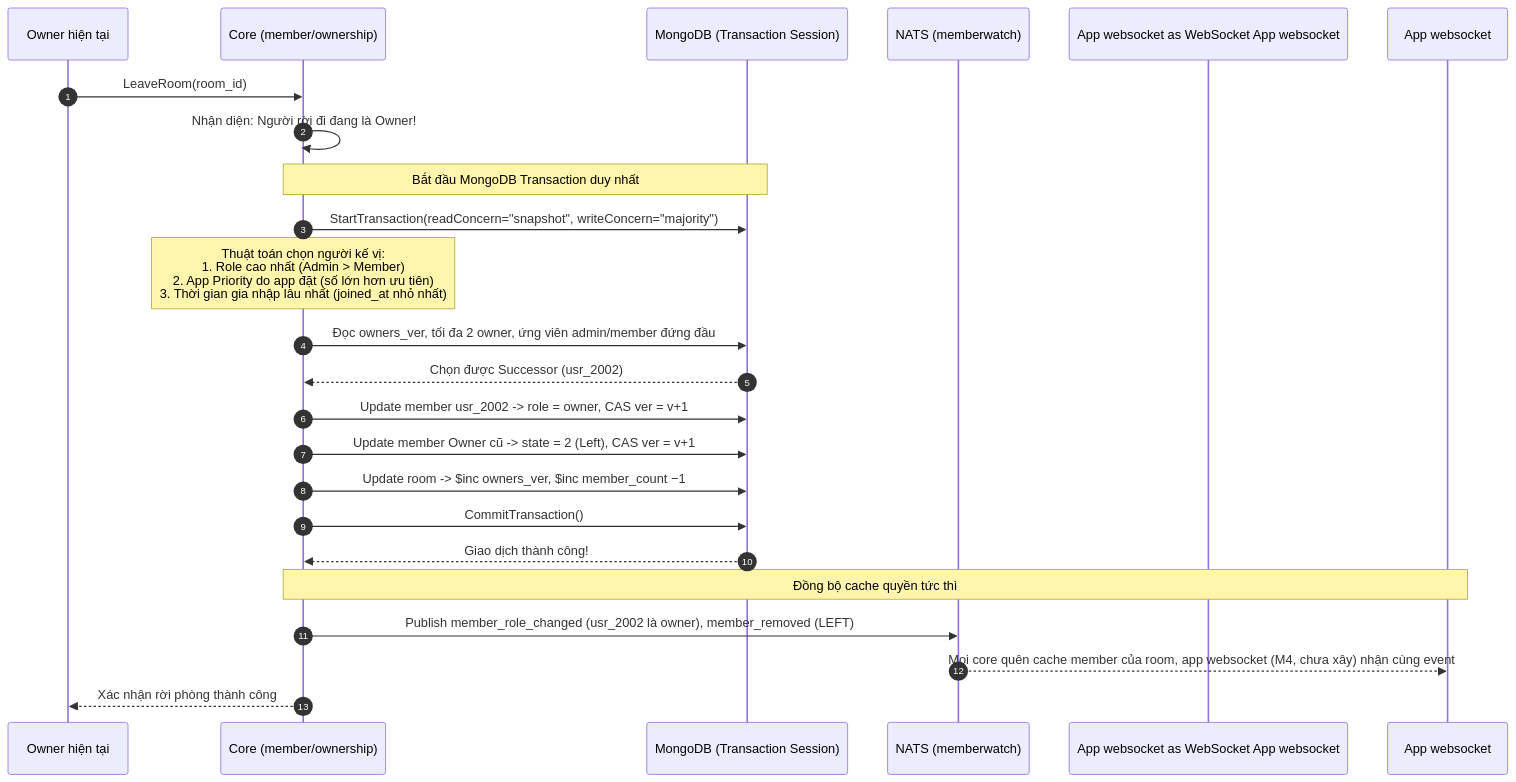
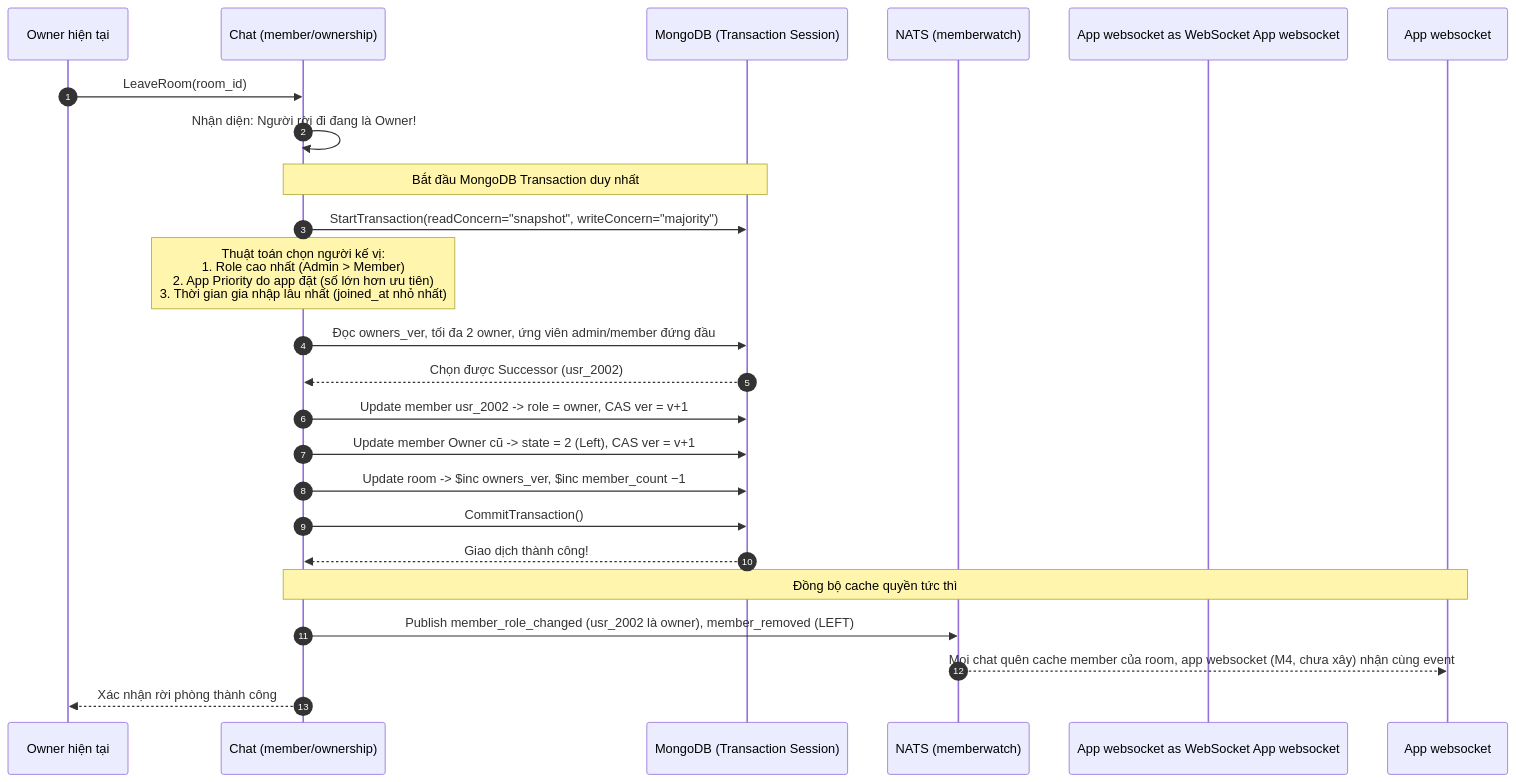
One commit to ivannguyendev/chatim changed the third of 3 diagrams in docs/modules/05-feature-membership-roles-and-succession.md. Above: the diagram before and after it, drawn with Mermaid. The commit also changed other lines of this file and 332 other files, not shown here.

````diff
--- a/docs/modules/05-feature-membership-roles-and-succession.md
+++ b/docs/modules/05-feature-membership-roles-and-succession.md
@@ -74,30 +74,30 @@
 ```mermaid
 sequenceDiagram
     autonumber
     participant Owner as Owner hiện tại
-    participant Core as Core (member/ownership)
+    participant Chat as Chat (member/ownership)
     participant Mongo as MongoDB (Transaction Session)
     participant Watch as NATS (memberwatch)
     participant App websocket as WebSocket App websocket
 
-    Owner->>Core: LeaveRoom(room_id)
-    Core->>Core: Nhận diện: Người rời đi đang là Owner!
+    Owner->>Chat: LeaveRoom(room_id)
+    Chat->>Chat: Nhận diện: Người rời đi đang là Owner!
 
-    Note over Core,Mongo: Bắt đầu MongoDB Transaction duy nhất
-    Core->>Mongo: StartTransaction(readConcern="snapshot", writeConcern="majority")
+    Note over Chat,Mongo: Bắt đầu MongoDB Transaction duy nhất
+    Chat->>Mongo: StartTransaction(readConcern="snapshot", writeConcern="majority")
 
-    Note over Core: Thuật toán chọn người kế vị:<br/>1. Role cao nhất (Admin > Member)<br/>2. App Priority do app đặt (số lớn hơn ưu tiên)<br/>3. Thời gian gia nhập lâu nhất (joined_at nhỏ nhất)
-    Core->>Mongo: Đọc owners_ver, tối đa 2 owner, ứng viên admin/member đứng đầu
-    Mongo-->>Core: Chọn được Successor (usr_2002)
+    Note over Chat: Thuật toán chọn người kế vị:<br/>1. Role cao nhất (Admin > Member)<br/>2. App Priority do app đặt (số lớn hơn ưu tiên)<br/>3. Thời gian gia nhập lâu nhất (joined_at nhỏ nhất)
+    Chat->>Mongo: Đọc owners_ver, tối đa 2 owner, ứng viên admin/member đứng đầu
+    Mongo-->>Chat: Chọn được Successor (usr_2002)
 
-    Core->>Mongo: Update member usr_2002 -> role = owner, CAS ver = v+1
-    Core->>Mongo: Update member Owner cũ -> state = 2 (Left), CAS ver = v+1
-    Core->>Mongo: Update room -> $inc owners_ver, $inc member_count −1
-    Core->>Mongo: CommitTransaction()
-    Mongo-->>Core: Giao dịch thành công!
+    Chat->>Mongo: Update member usr_2002 -> role = owner, CAS ver = v+1
+    Chat->>Mongo: Update member Owner cũ -> state = 2 (Left), CAS ver = v+1
+    Chat->>Mongo: Update room -> $inc owners_ver, $inc member_count −1
+    Chat->>Mongo: CommitTransaction()
+    Mongo-->>Chat: Giao dịch thành công!
 
-    Note over Core,App websocket: Đồng bộ cache quyền tức thì
-    Core->>Watch: Publish member_role_changed (usr_2002 là owner), member_removed (LEFT)
-    Watch-->>App websocket: Mọi core quên cache member của room, app websocket (M4, chưa xây) nhận cùng event
-    Core-->>Owner: Xác nhận rời phòng thành công
+    Note over Chat,App websocket: Đồng bộ cache quyền tức thì
+    Chat->>Watch: Publish member_role_changed (usr_2002 là owner), member_removed (LEFT)
+    Watch-->>App websocket: Mọi chat quên cache member của room, app websocket (M4, chưa xây) nhận cùng event
+    Chat-->>Owner: Xác nhận rời phòng thành công
 ```
````
